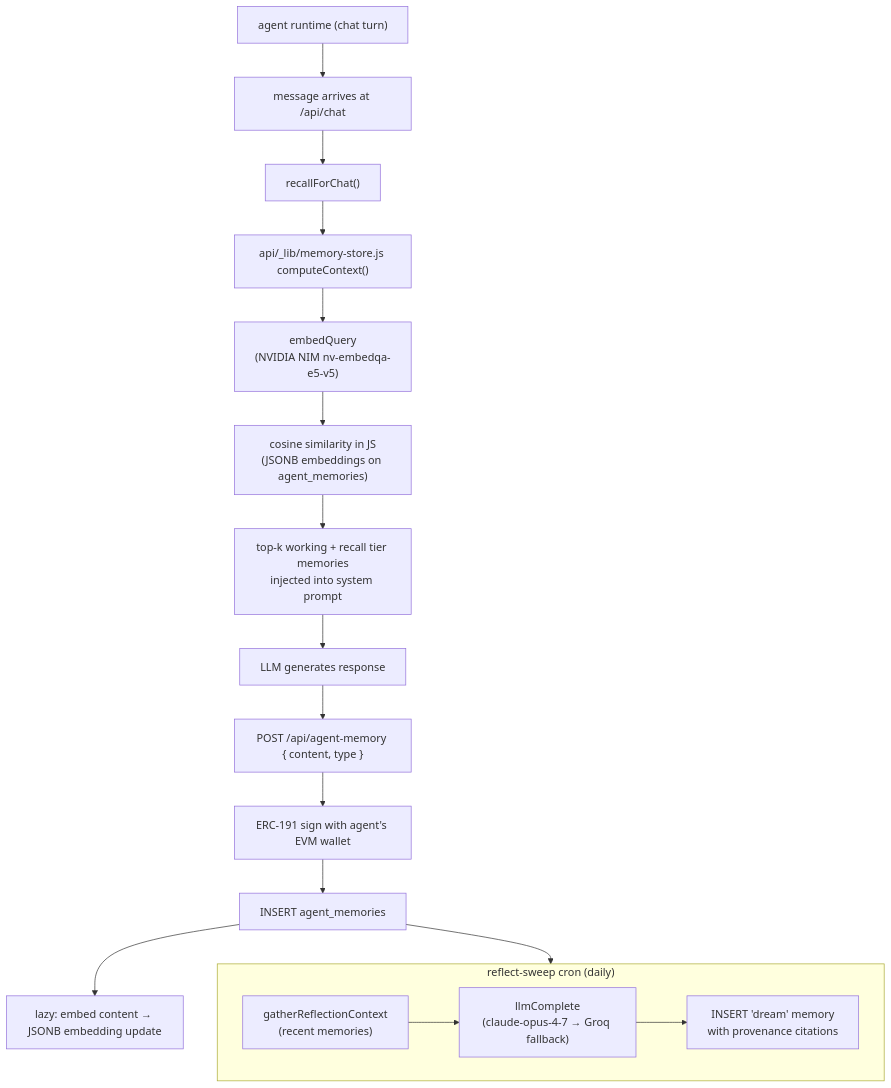
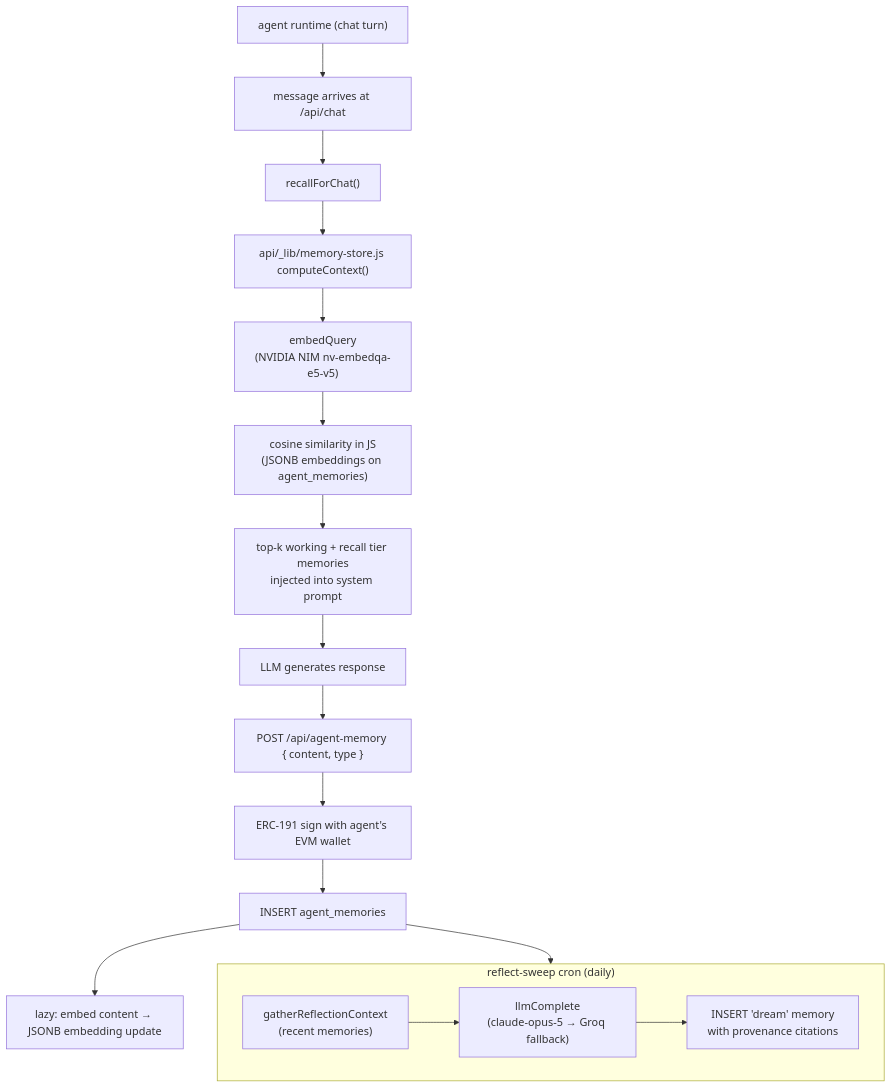
Before and after one commit to nirholas/three.ws: diagram 20 of 22 in ARCHITECTURE.md, drawn with Mermaid. The commit also changed other lines of this file and 7 other files, not shown here.

First line of the commit message:
fix(wallet): drop the master wallet endpoint's runtime CREATE TABLE and rewrite ARCHITECTURE.md Known Gaps from a measured pass

````diff
--- a/ARCHITECTURE.md
+++ b/ARCHITECTURE.md
@@ -2107,23 +2107,23 @@
 ```mermaid
 flowchart TD
     A["agent runtime (chat turn)"] --> B["message arrives at /api/chat"]
     B --> C["recallForChat()"]
     C --> D["api/_lib/memory-store.js computeContext()"]
     D --> E["embedQuery\n(NVIDIA NIM nv-embedqa-e5-v5)"]
     E --> F["cosine similarity in JS\n(JSONB embeddings on agent_memories)"]
     F --> G["top-k working + recall tier memories\ninjected into system prompt"]
     G --> H["LLM generates response"]
     H --> I["POST /api/agent-memory { content, type }"]
     I --> J["ERC-191 sign with agent's EVM wallet"]
     J --> K["INSERT agent_memories"]
     K --> L["lazy: embed content → JSONB embedding update"]
 
     subgraph Reflect["reflect-sweep cron (daily)"]
         R1["gatherReflectionContext\n(recent memories)"]
-        R2["llmComplete\n(claude-opus-4-7 → Groq fallback)"]
+        R2["llmComplete\n(claude-opus-5 → Groq fallback)"]
         R3["INSERT 'dream' memory\nwith provenance citations"]
         R1 --> R2 --> R3
     end
 
     K --> Reflect
 ```
````
